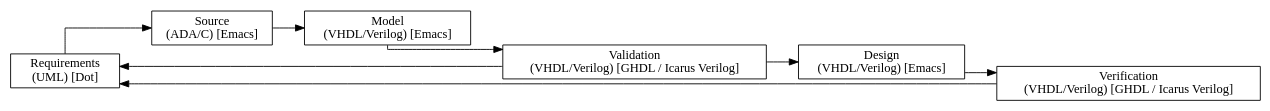
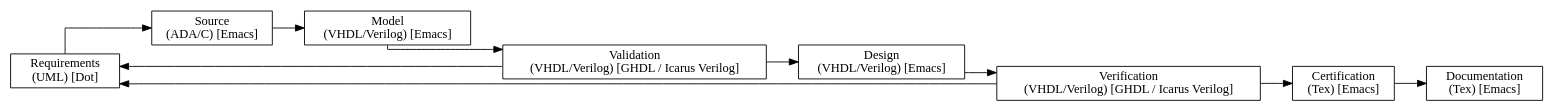
One commit to PacoReinaCampo/PU-NTM changed the diagram in doc/project.dot. Above: the diagram before and after it, drawn with Graphviz. The commit also changed other lines of this file and 1699 other files, not shown here.

```diff
--- a/doc/project.dot
+++ b/doc/project.dot
@@ -1,24 +1,28 @@
 digraph Project {
   // Introduction
   graph [rankdir = LR, splines=ortho];
   node[shape=record];
 
   // Blocks
   Requirements[label="Requirements \n(UML) [Dot]"];
   Source[label="Source \n(ADA/C) [Emacs]"];
   Model[label="Model \n(VHDL/Verilog) [Emacs]"];
   Validation[label="Validation \n(VHDL/Verilog) [GHDL / Icarus Verilog]"];
   Design[label="Design \n(VHDL/Verilog) [Emacs]"];
   Verification[label="Verification \n(VHDL/Verilog) [GHDL / Icarus Verilog]"];
+  Certification[label="Certification \n(Tex) [Emacs]"];
+  Documentation[label="Documentation \n(Tex) [Emacs]"];
 
   // Sequence
   Requirements -> Source;
   Source -> Model;
   Model -> Validation;
   Validation -> Design;
   Design -> Verification;
+  Verification -> Certification;
+  Certification -> Documentation;
 
   // Feedback
   Validation -> Requirements;
   Verification -> Requirements;
 }
```
